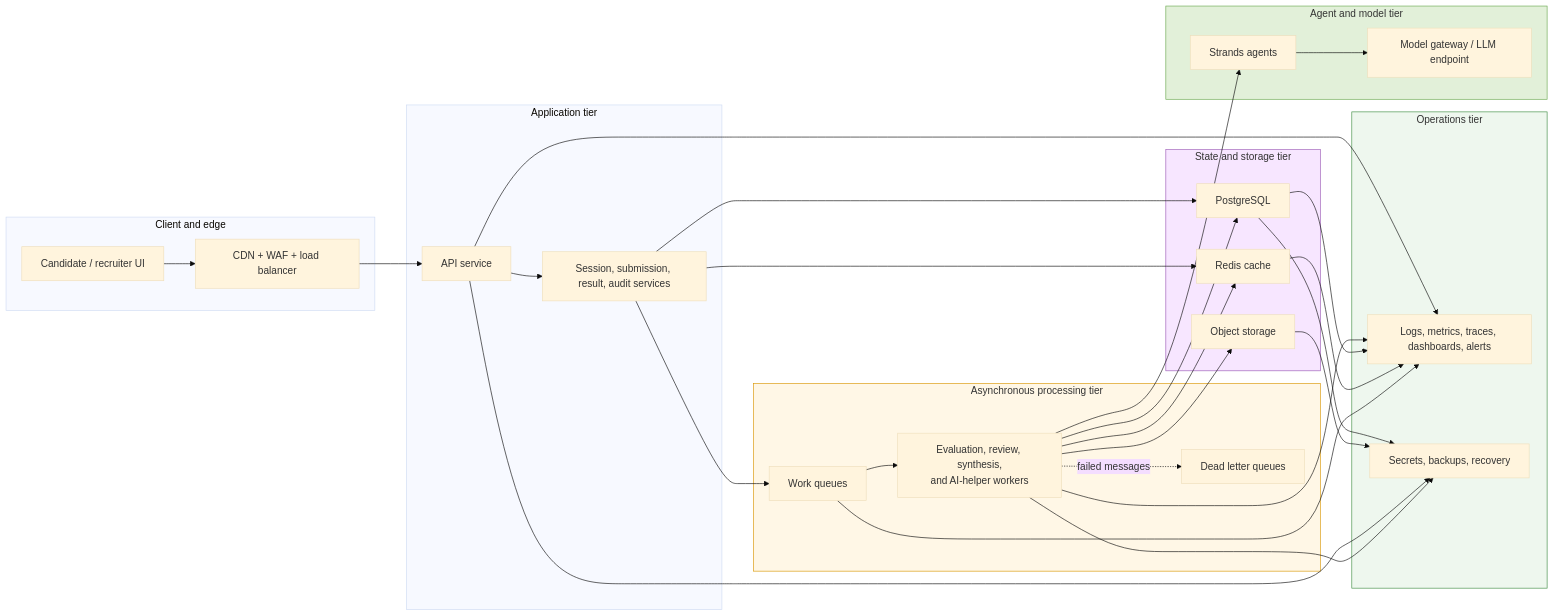
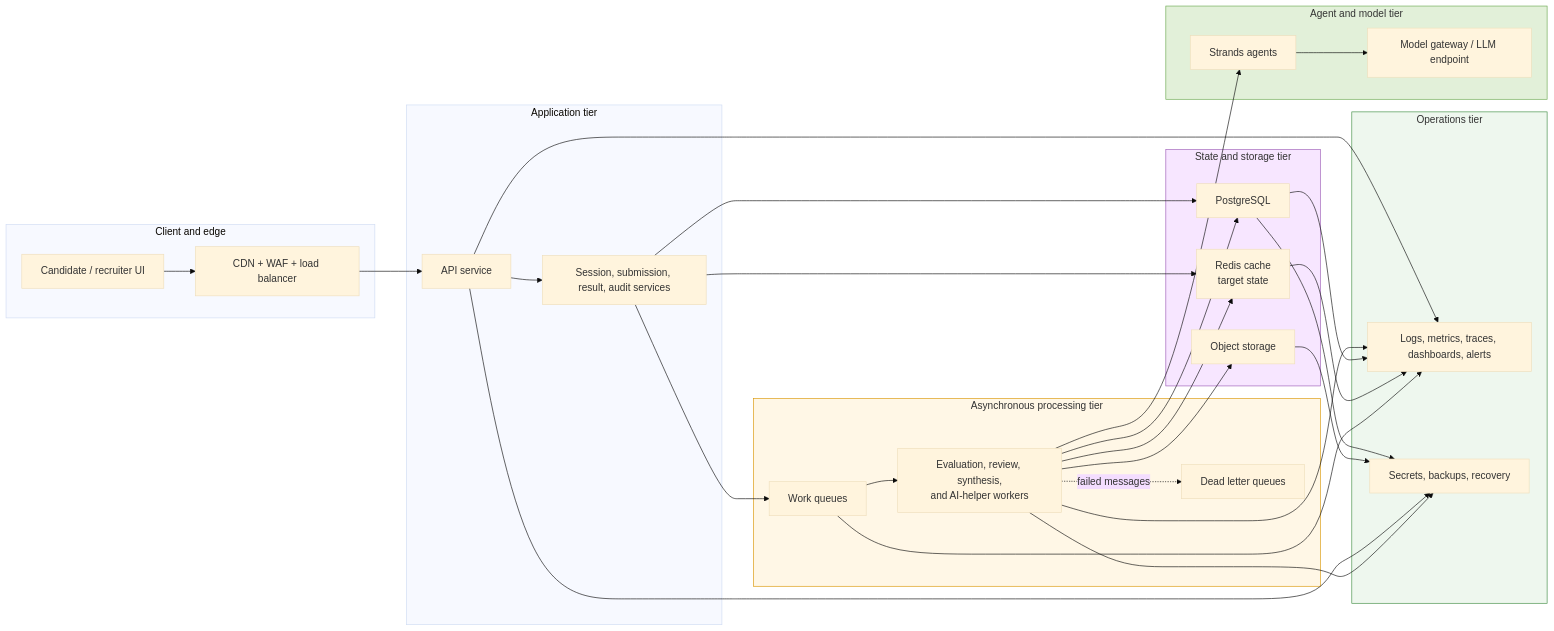
The diagram in mvp-assessment/docs/diagrams/scalable-architecture.md (PieterJDSw/cohort10), drawn with Mermaid (base theme) before and after one commit. The commit also changed other lines of this file and 389 other files, not shown here.

````diff
--- a/mvp-assessment/docs/diagrams/scalable-architecture.md
+++ b/mvp-assessment/docs/diagrams/scalable-architecture.md
@@ -5,63 +5,63 @@
 ```mermaid
 flowchart LR
     subgraph CLIENT["Client and edge"]
         USER["Candidate / recruiter UI"]
         EDGE["CDN + WAF + load balancer"]
     end
 
     subgraph APP["Application tier"]
         API["API service"]
         CORE["Session, submission, result, audit services"]
     end
 
     subgraph ASYNC["Asynchronous processing tier"]
         QUEUES["Work queues"]
         DLQS["Dead letter queues"]
         WORKERS["Evaluation, review, synthesis,<br/>and AI-helper workers"]
     end
 
     subgraph AGENT["Agent and model tier"]
         AGENTS["Strands agents"]
         MODELS["Model gateway / LLM endpoint"]
     end
 
     subgraph STATE["State and storage tier"]
         POSTGRES["PostgreSQL"]
-        REDIS["Redis cache"]
+        REDIS["Redis cache<br/>target state"]
         OBJECTS["Object storage"]
     end
 
     subgraph OPS["Operations tier"]
         OBS["Logs, metrics, traces, dashboards, alerts"]
         SEC["Secrets, backups, recovery"]
     end
 
     USER --> EDGE --> API --> CORE
 
     CORE --> POSTGRES
     CORE --> REDIS
     CORE --> QUEUES
 
     QUEUES --> WORKERS
     WORKERS --> AGENTS --> MODELS
     WORKERS --> REDIS
     WORKERS --> POSTGRES
     WORKERS --> OBJECTS
     WORKERS -. failed messages .-> DLQS
 
     API --> OBS
     WORKERS --> OBS
     POSTGRES --> OBS
     REDIS --> OBS
     QUEUES --> OBS
 
     POSTGRES --> SEC
     OBJECTS --> SEC
     API --> SEC
     WORKERS --> SEC
 
     style ASYNC fill:#fff7e6,stroke:#d99600,color:#333
     style AGENT fill:#e2f0d9,stroke:#6aa84f,color:#333
     style STATE fill:#f7e6ff,stroke:#9b59b6,color:#333
     style OPS fill:#eef7ee,stroke:#3d8b40,color:#333
 ```
````
